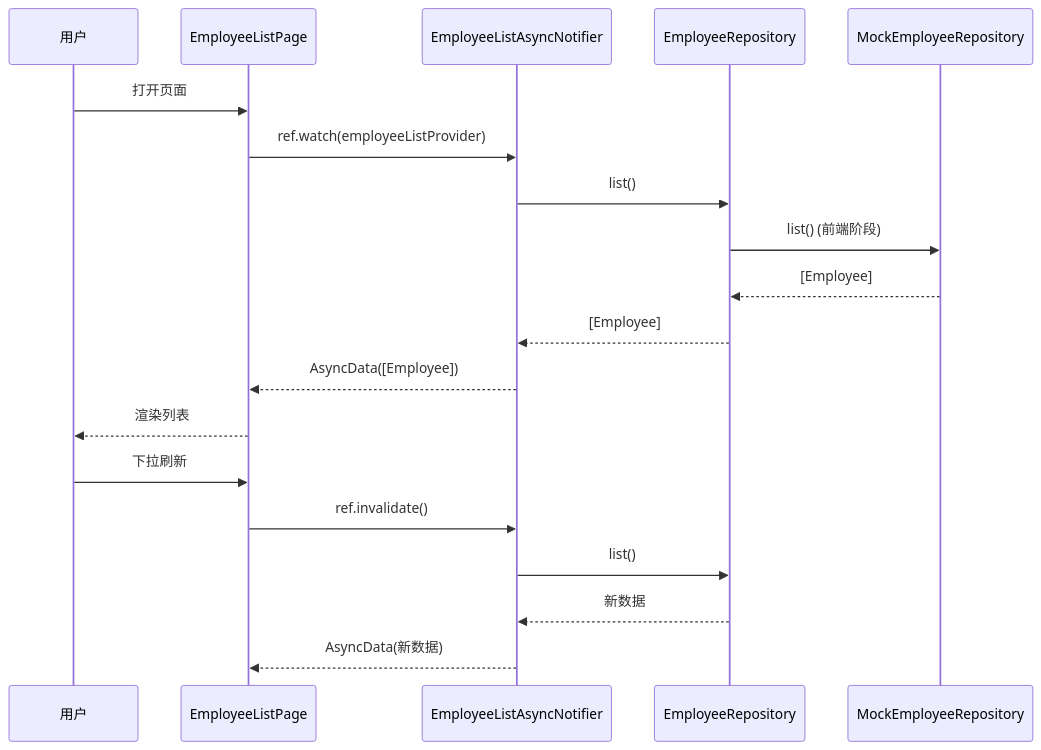
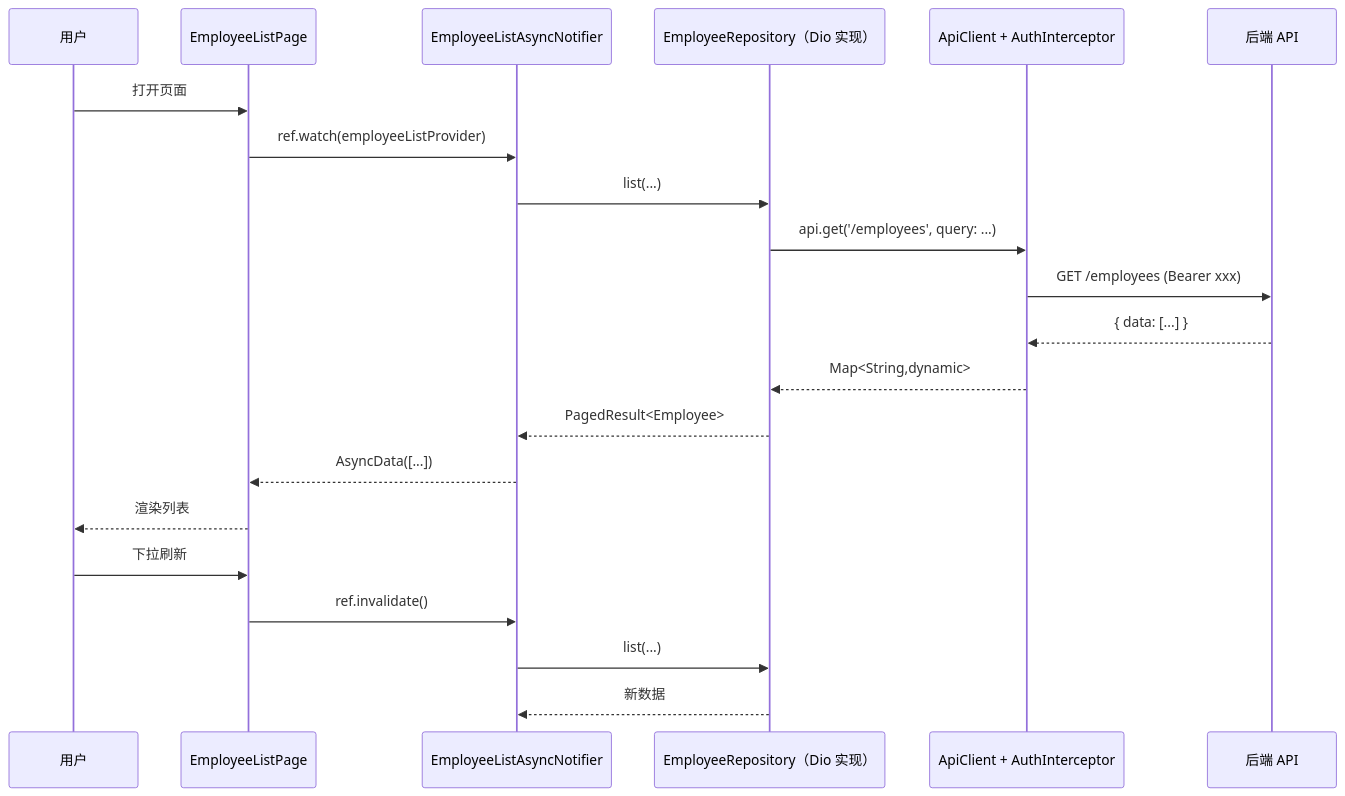
One commit to BruceChu0424/utenelec_imp changed the second of 4 diagrams in docs/05-架构/架构总览.md. Above: the diagram before and after it, drawn with Mermaid. The commit also changed other lines of this file and 210 other files, not shown here.

````diff
--- a/docs/05-架构/架构总览.md
+++ b/docs/05-架构/架构总览.md
@@ -92,23 +104,25 @@
 ```mermaid
 sequenceDiagram
     participant U as 用户
     participant P as EmployeeListPage
     participant N as EmployeeListAsyncNotifier
-    participant R as EmployeeRepository
-    participant M as MockEmployeeRepository
+    participant R as EmployeeRepository（Dio 实现）
+    participant A as ApiClient + AuthInterceptor
+    participant API as 后端 API
 
     U->>P: 打开页面
     P->>N: ref.watch(employeeListProvider)
-    N->>R: list()
-    R->>M: list() (前端阶段)
-    M-->>R: [Employee]
-    R-->>N: [Employee]
-    N-->>P: AsyncData([Employee])
+    N->>R: list(...)
+    R->>A: api.get('/employees', query: ...)
+    A->>API: GET /employees (Bearer xxx)
+    API-->>A: { data: [...] }
+    A-->>R: Map<String,dynamic>
+    R-->>N: PagedResult<Employee>
+    N-->>P: AsyncData([...])
     P-->>U: 渲染列表
 
     U->>P: 下拉刷新
     P->>N: ref.invalidate()
-    N->>R: list()
+    N->>R: list(...)
     R-->>N: 新数据
-    N-->>P: AsyncData(新数据)
 ```
````
